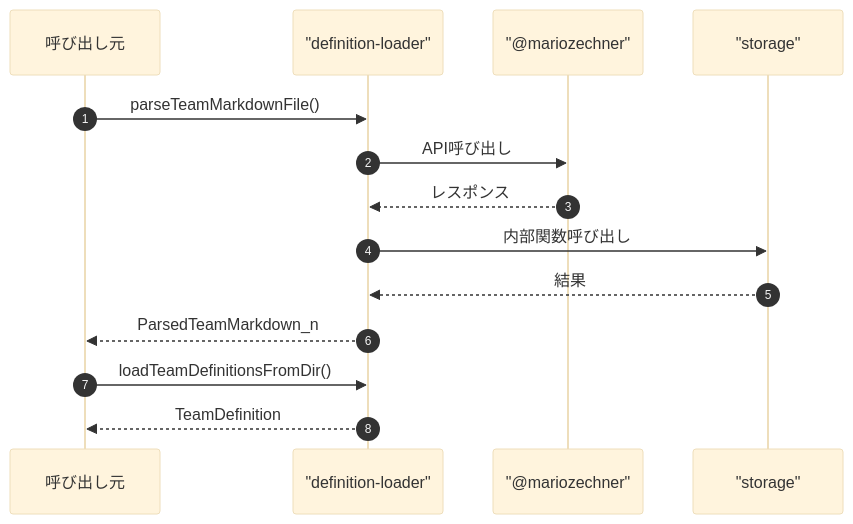
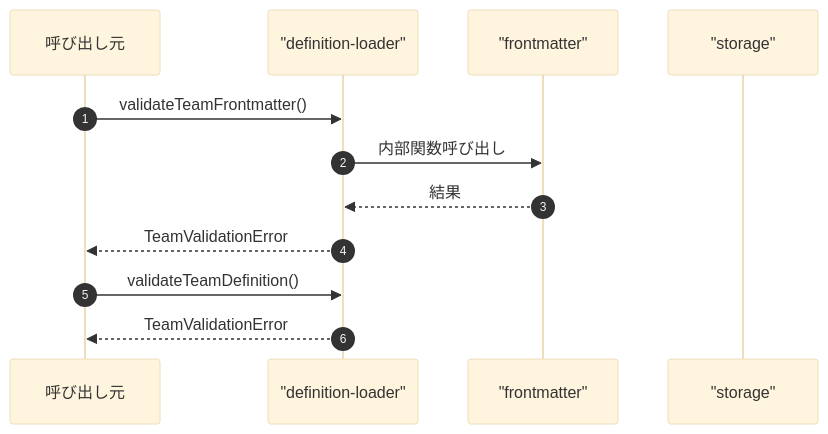
One commit to Mekann2904/mekann changed the fourth of 4 diagrams in ABDD/.pi/extensions/agent-teams/definition-loader.md. Above: the diagram before and after it, drawn with Mermaid (base theme). The commit also changed other lines of this file and 205 other files, not shown here.

````diff
--- a/ABDD/.pi/extensions/agent-teams/definition-loader.md
+++ b/ABDD/.pi/extensions/agent-teams/definition-loader.md
@@ -92,19 +109,16 @@
 ```mermaid
 sequenceDiagram
   autonumber
   participant Caller as 呼び出し元
   participant definition_loader as "definition-loader"
-  participant mariozechner as "@mariozechner"
-  participant storage as "storage"
+  participant frontmatter as "frontmatter"
   participant storage as "storage"
 
-  Caller->>definition_loader: parseTeamMarkdownFile()
-  definition_loader->>mariozechner: API呼び出し
-  mariozechner-->>definition_loader: レスポンス
-  definition_loader->>storage: 内部関数呼び出し
-  storage-->>definition_loader: 結果
-  definition_loader-->>Caller: ParsedTeamMarkdown_n
+  Caller->>definition_loader: validateTeamFrontmatter()
+  definition_loader->>frontmatter: 内部関数呼び出し
+  frontmatter-->>definition_loader: 結果
+  definition_loader-->>Caller: TeamValidationError
 
-  Caller->>definition_loader: loadTeamDefinitionsFromDir()
-  definition_loader-->>Caller: TeamDefinition
+  Caller->>definition_loader: validateTeamDefinition()
+  definition_loader-->>Caller: TeamValidationError
 ```
````
